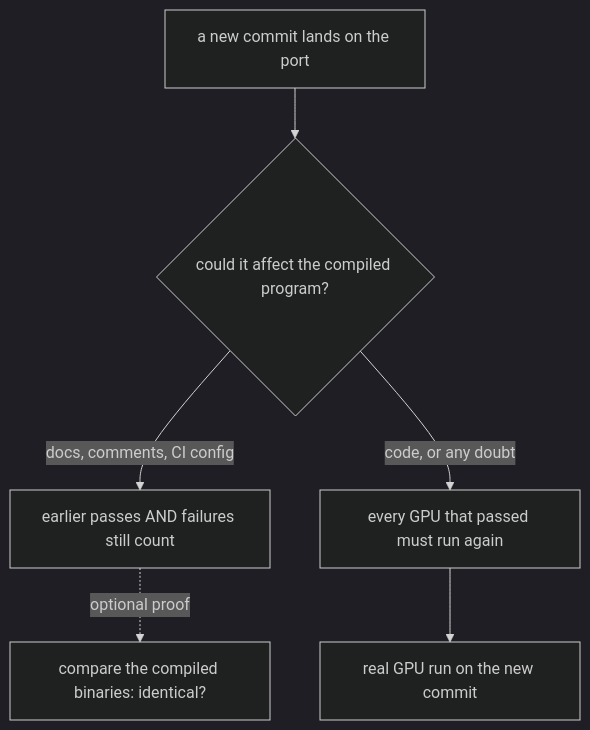
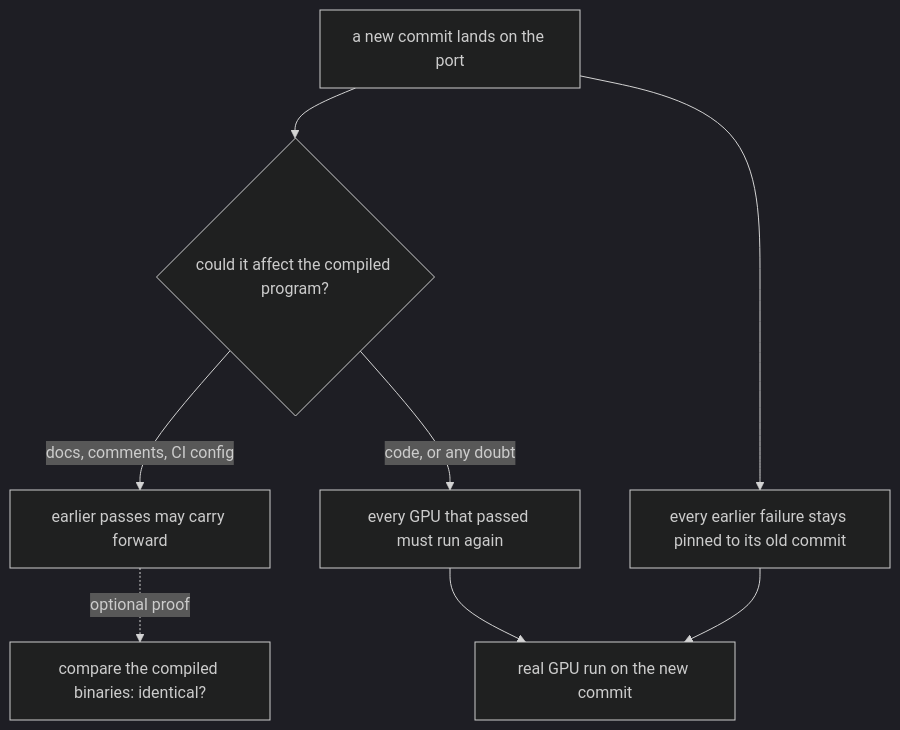
The eighth of 12 diagrams in VISUAL.md (AMD-Ecosystem/moat), drawn with Mermaid (dark theme) before and after one commit. The commit also changed other lines of this file and 1 other file, not shown here.

Commit message:
CuMesh: retry failures after non-compiled gate fixes

````diff
--- a/VISUAL.md
+++ b/VISUAL.md
@@ -261,8 +261,10 @@
 ```mermaid
 flowchart TD
     push["a new commit lands on the port"] --> q{"could it affect the compiled program?"}
-    q -- "docs, comments, CI config" --> carry["earlier passes AND failures still count"]
+    q -- "docs, comments, CI config" --> carry["earlier passes may carry forward"]
     q -- "code, or any doubt" --> reval["every GPU that passed must run again"]
+    push --> failed["every earlier failure stays pinned to its old commit"]
+    failed --> gpu
     carry -. "optional proof" .-> cod["compare the compiled binaries: identical?"]
     reval --> gpu["real GPU run on the new commit"]
 ```
````
